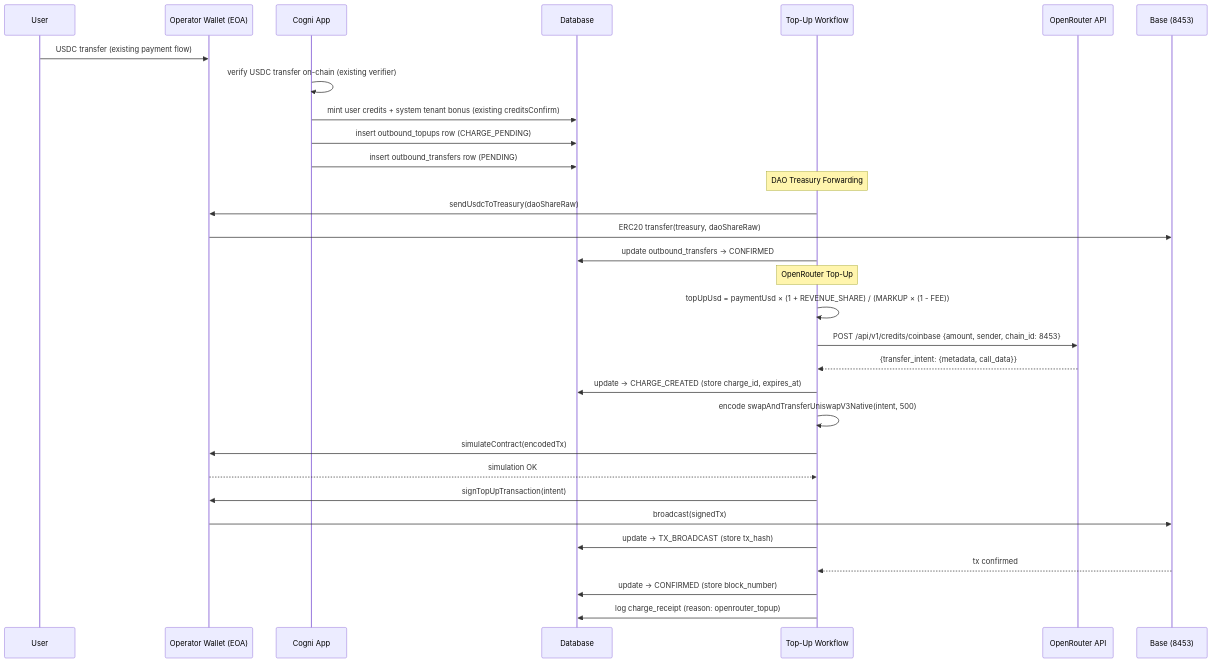
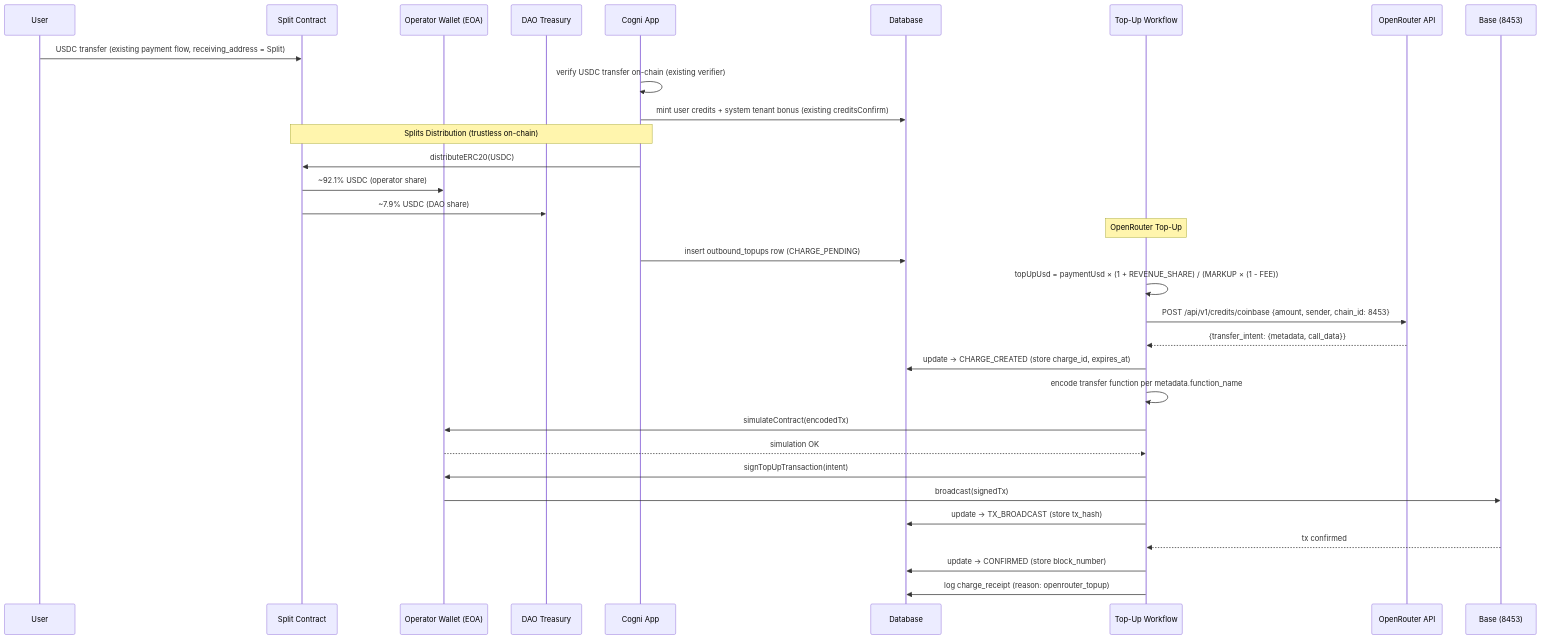
One commit to Cogni-DAO/node-template changed the diagram in docs/spec/web3-openrouter-payments.md. Above: the diagram before and after it, drawn with Mermaid. The commit also changed other lines of this file and 3 other files, not shown here.

First line of the commit message:
docs: update operator wallet specs for Splits + Coinbase Commerce multi-function

````diff
--- a/docs/spec/web3-openrouter-payments.md
+++ b/docs/spec/web3-openrouter-payments.md
@@ -69,39 +70,39 @@
 ```mermaid
 sequenceDiagram
     participant User
+    participant Split as Split Contract
     participant Wallet as Operator Wallet (EOA)
+    participant Treasury as DAO Treasury
     participant App as Cogni App
     participant DB as Database
     participant Workflow as Top-Up Workflow
     participant OR as OpenRouter API
     participant Chain as Base (8453)
 
-    User->>Wallet: USDC transfer (existing payment flow)
+    User->>Split: USDC transfer (existing payment flow, receiving_address = Split)
     App->>App: verify USDC transfer on-chain (existing verifier)
     App->>DB: mint user credits + system tenant bonus (existing creditsConfirm)
 
-    App->>DB: insert outbound_topups row (CHARGE_PENDING)
-    App->>DB: insert outbound_transfers row (PENDING)
-
-    Note over Workflow: DAO Treasury Forwarding
-    Workflow->>Wallet: sendUsdcToTreasury(daoShareRaw)
-    Wallet->>Chain: ERC20 transfer(treasury, daoShareRaw)
-    Workflow->>DB: update outbound_transfers → CONFIRMED
+    Note over App,Split: Splits Distribution (trustless on-chain)
+    App->>Split: distributeERC20(USDC)
+    Split->>Wallet: ~92.1% USDC (operator share)
+    Split->>Treasury: ~7.9% USDC (DAO share)
 
     Note over Workflow: OpenRouter Top-Up
+    App->>DB: insert outbound_topups row (CHARGE_PENDING)
     Workflow->>Workflow: topUpUsd = paymentUsd × (1 + REVENUE_SHARE) / (MARKUP × (1 - FEE))
     Workflow->>OR: POST /api/v1/credits/coinbase {amount, sender, chain_id: 8453}
     OR-->>Workflow: {transfer_intent: {metadata, call_data}}
     Workflow->>DB: update → CHARGE_CREATED (store charge_id, expires_at)
 
-    Workflow->>Workflow: encode swapAndTransferUniswapV3Native(intent, 500)
+    Workflow->>Workflow: encode transfer function per metadata.function_name
     Workflow->>Wallet: simulateContract(encodedTx)
     Wallet-->>Workflow: simulation OK
     Workflow->>Wallet: signTopUpTransaction(intent)
     Wallet->>Chain: broadcast(signedTx)
     Workflow->>DB: update → TX_BROADCAST (store tx_hash)
 
     Chain-->>Workflow: tx confirmed
     Workflow->>DB: update → CONFIRMED (store block_number)
     Workflow->>DB: log charge_receipt (reason: openrouter_topup)
 ```
````
